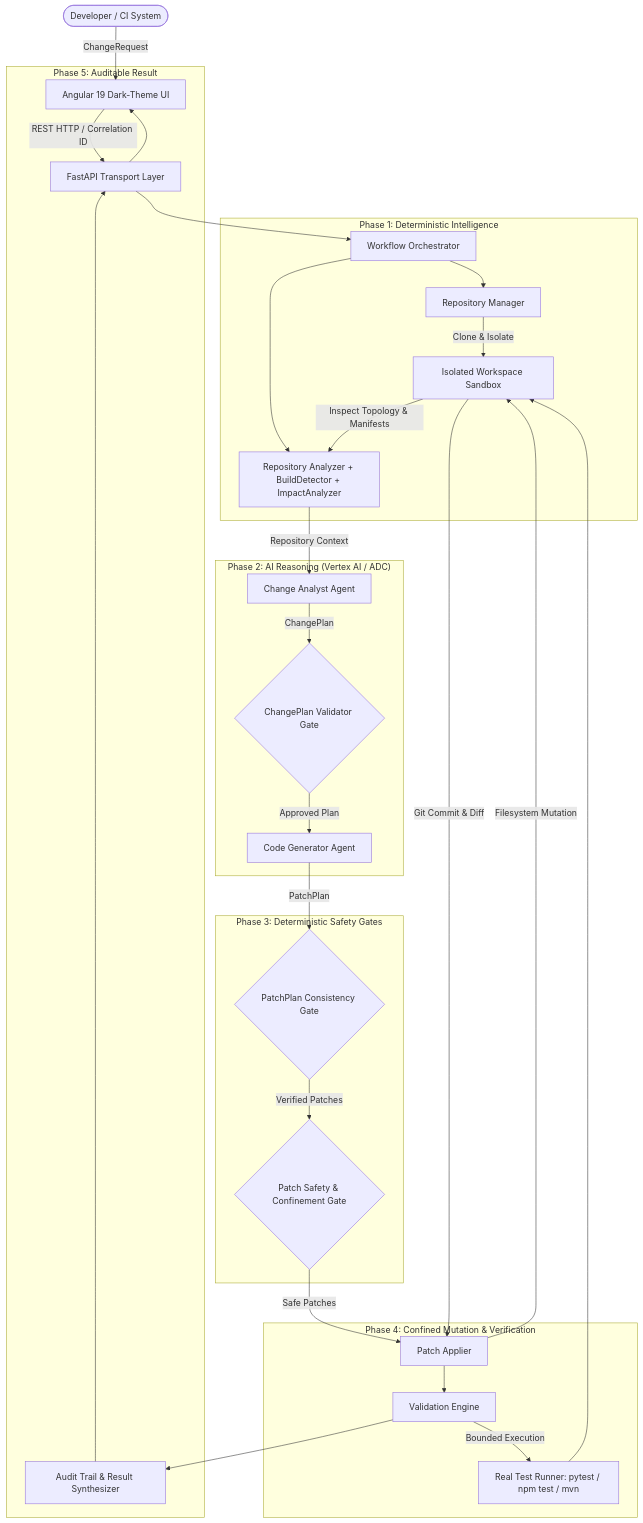
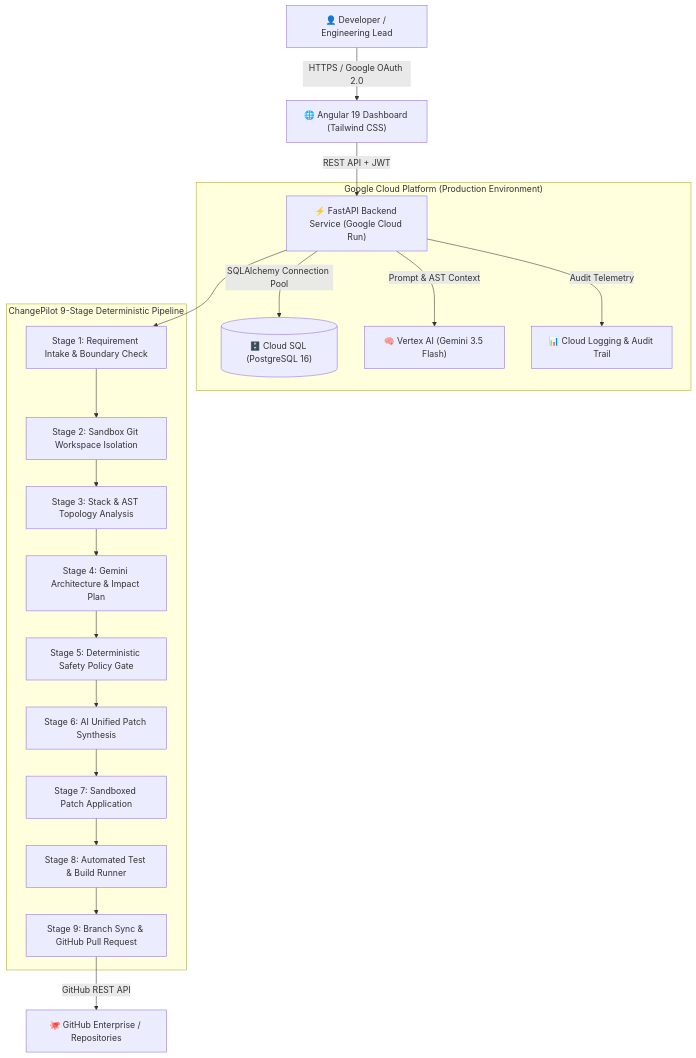
The diagram in README.md (kameswarpanda/project-changepilot), drawn with Mermaid before and after one commit. The commit also changed other lines of this file, not shown here.

Commit message:
docs: add comprehensive hackathon documentation, live cloud badges, and architecture diagram

````diff
--- a/README.md
+++ b/README.md
@@ -11,39 +30,25 @@
 ```mermaid
 graph TD
-    User([Developer / CI System]) -->|ChangeRequest| Frontend[Angular 19 Dark-Theme UI]
-    Frontend -->|REST HTTP / Correlation ID| API[FastAPI Transport Layer]
-    API --> Orchestrator[Workflow Orchestrator]
-
-    subgraph "Phase 1: Deterministic Intelligence"
-        Orchestrator --> RepoMgr[Repository Manager]
-        RepoMgr -->|Clone & Isolate| Sandbox[Isolated Workspace Sandbox]
-        Orchestrator --> RepoAnalyzer[Repository Analyzer + BuildDetector + ImpactAnalyzer]
-        Sandbox -->|Inspect Topology & Manifests| RepoAnalyzer
+    User["👤 Developer / Engineering Lead"] -->|HTTPS / Google OAuth 2.0| UI["🌐 Angular 19 Dashboard (Tailwind CSS)"]
+    UI -->|REST API + JWT| Backend["⚡ FastAPI Backend Service (Google Cloud Run)"]
+    
+    subgraph "Google Cloud Platform (Production Environment)"
+        Backend -->|SQLAlchemy Connection Pool| DB[("🗄️ Cloud SQL (PostgreSQL 16)")]
+        Backend -->|Prompt & AST Context| VertexAI["🧠 Vertex AI (Gemini 3.5 Flash)"]
+        Backend -->|Audit Telemetry| Logs["📊 Cloud Logging & Audit Trail"]
     end
-
-    subgraph "Phase 2: AI Reasoning (Vertex AI / ADC)"
-        RepoAnalyzer -->|Repository Context| AnalystAgent[Change Analyst Agent]
-        AnalystAgent -->|ChangePlan| PlanGate{ChangePlan Validator Gate}
-        PlanGate -->|Approved Plan| CodeAgent[Code Generator Agent]
+    
+    subgraph "ChangePilot 9-Stage Deterministic Pipeline"
+        Backend --> S1["Stage 1: Requirement Intake & Boundary Check"]
+        S1 --> S2["Stage 2: Sandbox Git Workspace Isolation"]
+        S2 --> S3["Stage 3: Stack & AST Topology Analysis"]
+        S3 --> S4["Stage 4: Gemini Architecture & Impact Plan"]
+        S4 --> S5["Stage 5: Deterministic Safety Policy Gate"]
+        S5 --> S6["Stage 6: AI Unified Patch Synthesis"]
+        S6 --> S7["Stage 7: Sandboxed Patch Application"]
+        S7 --> S8["Stage 8: Automated Test & Build Runner"]
+        S8 --> S9["Stage 9: Branch Sync & GitHub Pull Request"]
     end
-
-    subgraph "Phase 3: Deterministic Safety Gates"
-        CodeAgent -->|PatchPlan| ConsistencyGate{PatchPlan Consistency Gate}
-        ConsistencyGate -->|Verified Patches| PatchGate{Patch Safety & Confinement Gate}
-    end
-
-    subgraph "Phase 4: Confined Mutation & Verification"
-        PatchGate -->|Safe Patches| Applier[Patch Applier]
-        Applier -->|Filesystem Mutation| Sandbox
-        Sandbox -->|Git Commit & Diff| Applier
-        Applier --> ValEngine[Validation Engine]
-        ValEngine -->|Bounded Execution| TestRunner[Real Test Runner: pytest / npm test / mvn]
-        TestRunner --> Sandbox
-    end
-
-    subgraph "Phase 5: Auditable Result"
-        ValEngine --> Audit[Audit Trail & Result Synthesizer]
-        Audit --> API
-        API --> Frontend
-    end
+    
+    S9 -->|GitHub REST API| GitHub["🐙 GitHub Enterprise / Repositories"]
 ```
````
